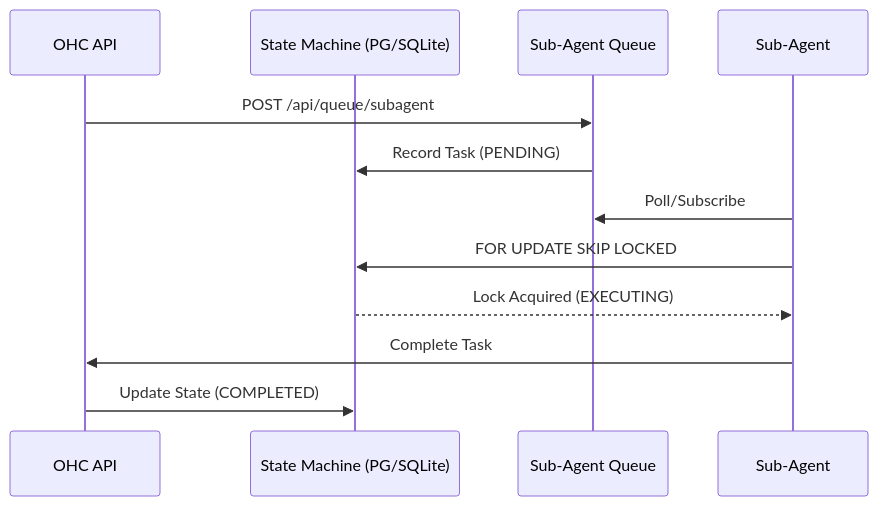
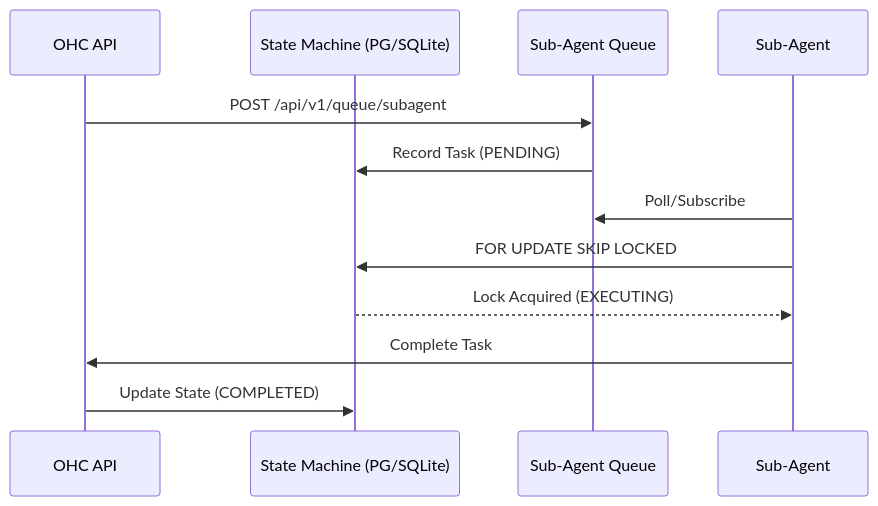
The first of 8 diagrams in docs/technical/api/api-reference.md (omnisolo-llc/onehumancorp), drawn with Mermaid before and after one commit. The commit also changed other lines of this file and 584 other files, not shown here.

````diff
--- a/docs/technical/api/api-reference.md
+++ b/docs/technical/api/api-reference.md
@@ -306,15 +306,15 @@
 ```mermaid
 sequenceDiagram
     participant API as OHC API
     participant DB as State Machine (PG/SQLite)
     participant Queue as Sub-Agent Queue
     participant Worker as Sub-Agent
 
-    API->>Queue: POST /api/queue/subagent
+    API->>Queue: POST /api/v1/queue/subagent
     Queue->>DB: Record Task (PENDING)
     Worker->>Queue: Poll/Subscribe
     Worker->>DB: FOR UPDATE SKIP LOCKED
     DB-->>Worker: Lock Acquired (EXECUTING)
     Worker->>API: Complete Task
     API->>DB: Update State (COMPLETED)
 ```
````
